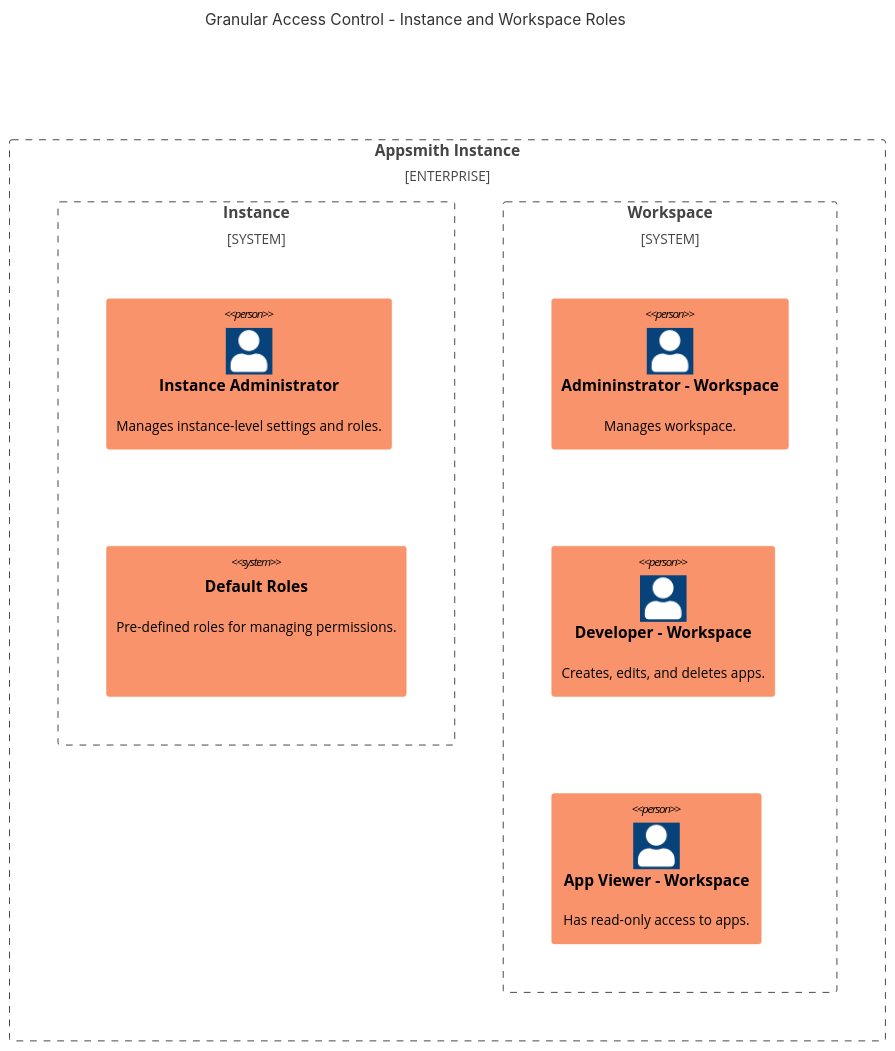
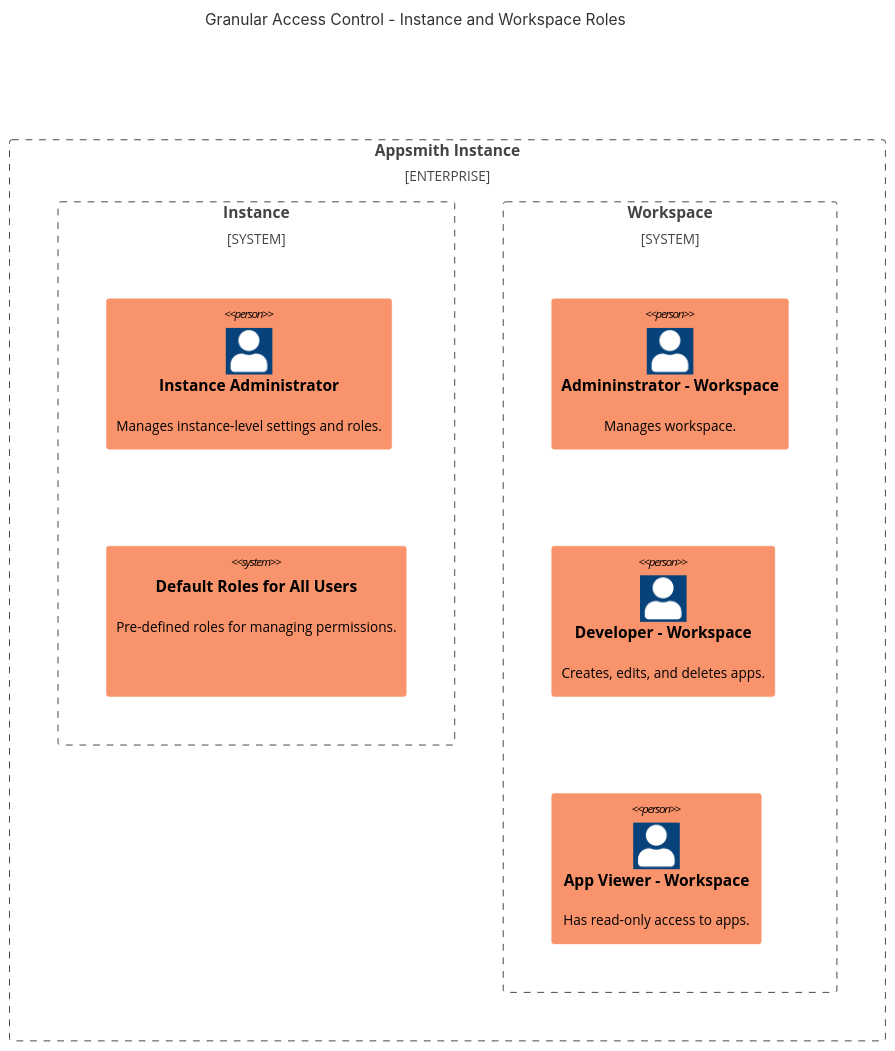
The diagram in website/docs/advanced-concepts/granular-access-control/concepts/default-roles.md (appsmithorg/appsmith-docs), drawn with Mermaid before and after one commit.

Commit message:
minor update

````diff
--- a/website/docs/advanced-concepts/granular-access-control/concepts/default-roles.md
+++ b/website/docs/advanced-concepts/granular-access-control/concepts/default-roles.md
@@ -41,24 +41,24 @@
 ```mermaid
 C4Context
   title Granular Access Control - Instance and Workspace Roles
 
   Enterprise_Boundary(appsmithInstance, "Appsmith Instance", "") {
     System_Boundary(instanceBoundary, "Instance") {
       Person(instanceAdmin, "Instance Administrator", "Manages instance-level settings and roles.")
-      System(defaultRoles, "Default Roles", "Pre-defined roles for managing permissions.")
+      System(defaultRoles, "Default Roles for All Users", "Pre-defined roles for managing permissions.")
     }
 
     System_Boundary(workspaceBoundary, "Workspace") {
       Person(workspaceAdmin, "Admininstrator - Workspace", "Manages workspace.")
       Person(workspaceDeveloper, "Developer - Workspace", "Creates, edits, and deletes apps.")
       Person(appViewer, "App Viewer - Workspace", "Has read-only access to apps.")
     }
   
   }
     
 UpdateElementStyle(instanceAdmin, $fontColor="black", $font="Tahoma", $fontsize="25", $bgColor="#f9936b", $borderColor="#f9936b", $height="155", $width="200")
 UpdateElementStyle(defaultRoles, $fontColor="black", $font="Tahoma", $fontsize="25", $bgColor="#f9936b", $borderColor="#f9936b", $height="155", $width="200")
 UpdateElementStyle(workspaceAdmin, $fontColor="black", $font="Tahoma", $fontsize="25", $bgColor="#f9936b", $borderColor="#f9936b", $height="155", $width="200")
 UpdateElementStyle(workspaceDeveloper, $fontColor="black", $font="Tahoma", $fontsize="25", $bgColor="#f9936b", $borderColor="#f9936b", $height="155", $width="200")
 UpdateElementStyle(appViewer, $fontColor="black", $font="Tahoma", $fontsize="25", $bgColor="#f9936b", $borderColor="#f9936b", $height="155", $width="200")
 ```
````
